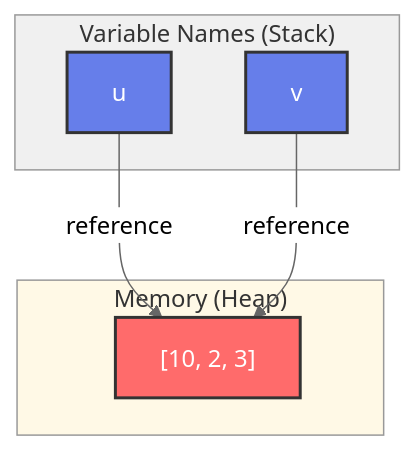
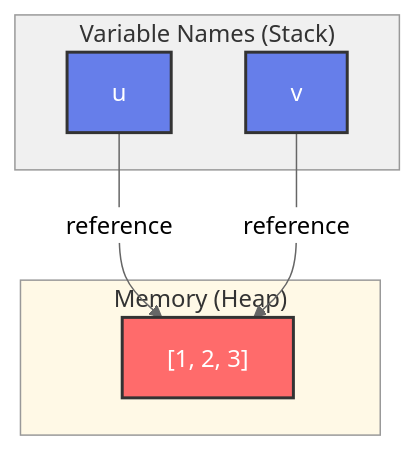
Before and after one commit to dietmaroelz/ProgrammingCourse-with-Julia-SimulationAnalysisAndLearningSystems: the fourth of 11 diagrams in quarto/lecture-unit-1.qmd, drawn with Mermaid (neutral theme). The commit also changed other lines of this file and 12 other files, not shown here.

````diff
--- a/quarto/lecture-unit-1.qmd
+++ b/quarto/lecture-unit-1.qmd
@@ -575,20 +576,20 @@
 ```{mermaid}
 graph TD
     subgraph vars ["Variable Names (Stack)"]
         U["u"]
         V["v"]
     end
     
     subgraph mem ["Memory (Heap)"]
-        VEC["[10, 2, 3]"]
+        VEC["[1, 2, 3]"]
     end
     
     U -->|reference| VEC
     V -->|reference| VEC
     
     style U fill:#667eea,stroke:#333,stroke-width:2px,color:#fff
     style V fill:#667eea,stroke:#333,stroke-width:2px,color:#fff
     style VEC fill:#FF6B6B,stroke:#333,stroke-width:2px,color:#fff
     style vars fill:#f0f0f0,stroke:#999
     style mem fill:#fff9e6,stroke:#999
 ```
````
